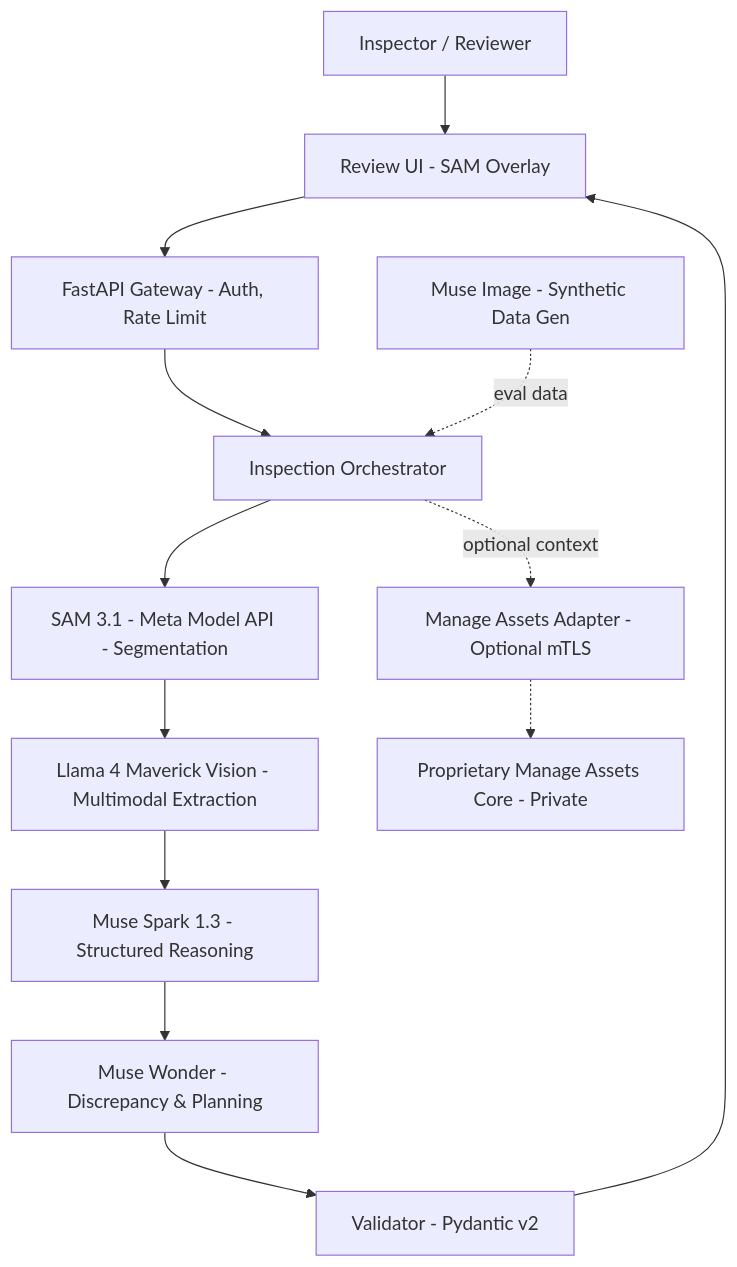
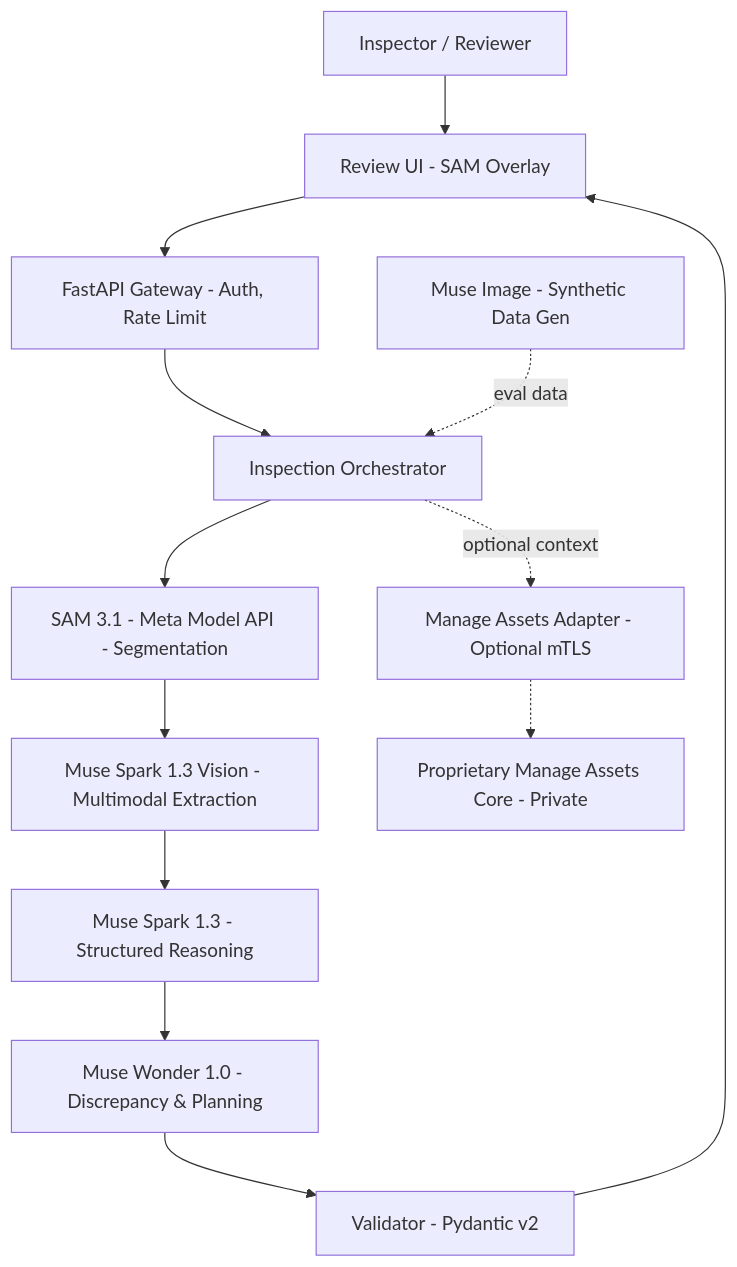
The diagram in ARCHITECTURE.md (monigarr/asset-intelligence), drawn with Mermaid before and after one commit. The commit also changed other lines of this file and 13 other files, not shown here.

````diff
--- a/ARCHITECTURE.md
+++ b/ARCHITECTURE.md
@@ -28,20 +28,20 @@
 ```mermaid
 flowchart TD
     U[Inspector / Reviewer]
     WEB[Review UI - SAM Overlay]
     API[FastAPI Gateway - Auth, Rate Limit]
     ORCH[Inspection Orchestrator]
     V[Validator - Pydantic v2]
     SAM[SAM 3.1 - Meta Model API - Segmentation]
-    VLM[Llama 4 Maverick Vision - Multimodal Extraction]
+    VLM[Muse Spark 1.3 Vision - Multimodal Extraction]
     REASON[Muse Spark 1.3 - Structured Reasoning]
-    PLAN[Muse Wonder - Discrepancy & Planning]
+    PLAN[Muse Wonder 1.0 - Discrepancy & Planning]
     SYN[Muse Image - Synthetic Data Gen]
     ADAPT[Manage Assets Adapter - Optional mTLS]
     CORE[Proprietary Manage Assets Core - Private]
     U --> WEB --> API --> ORCH
     ORCH --> SAM --> VLM --> REASON --> PLAN --> V
     V --> WEB
     SYN -. eval data .-> ORCH
     ORCH -. optional context .-> ADAPT -.-> CORE
 ```
````
